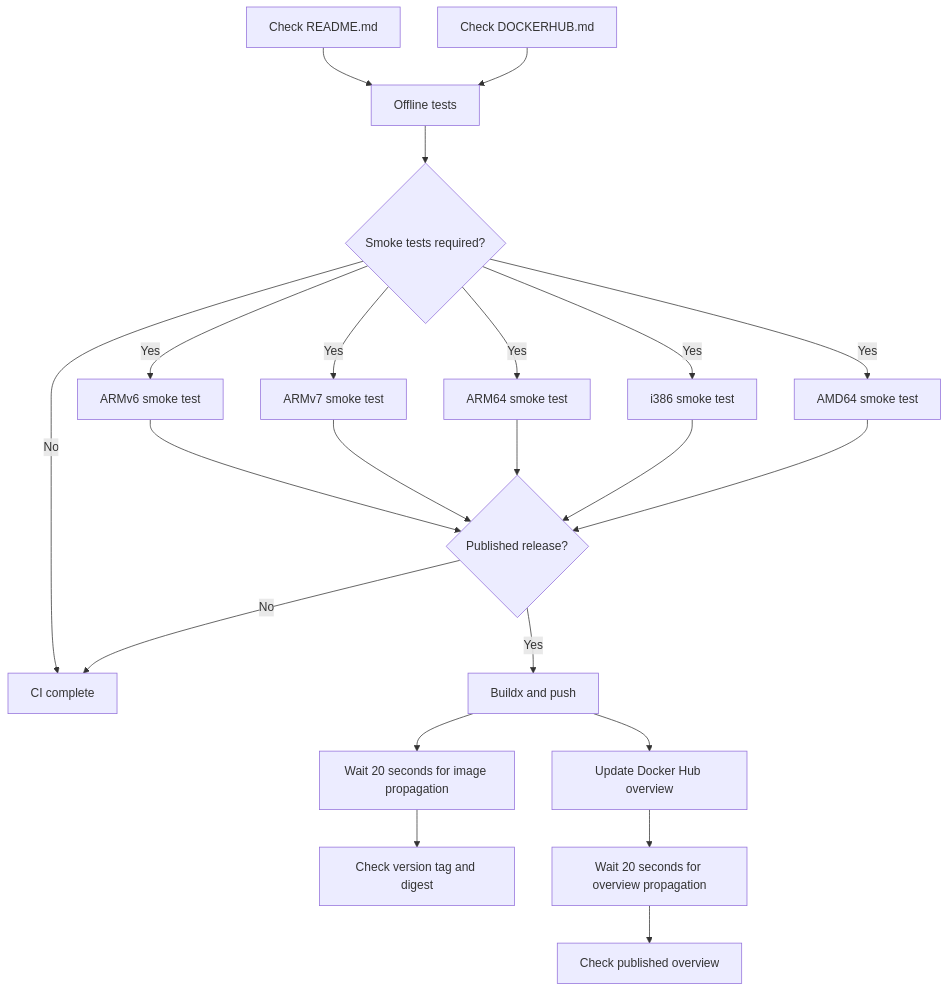
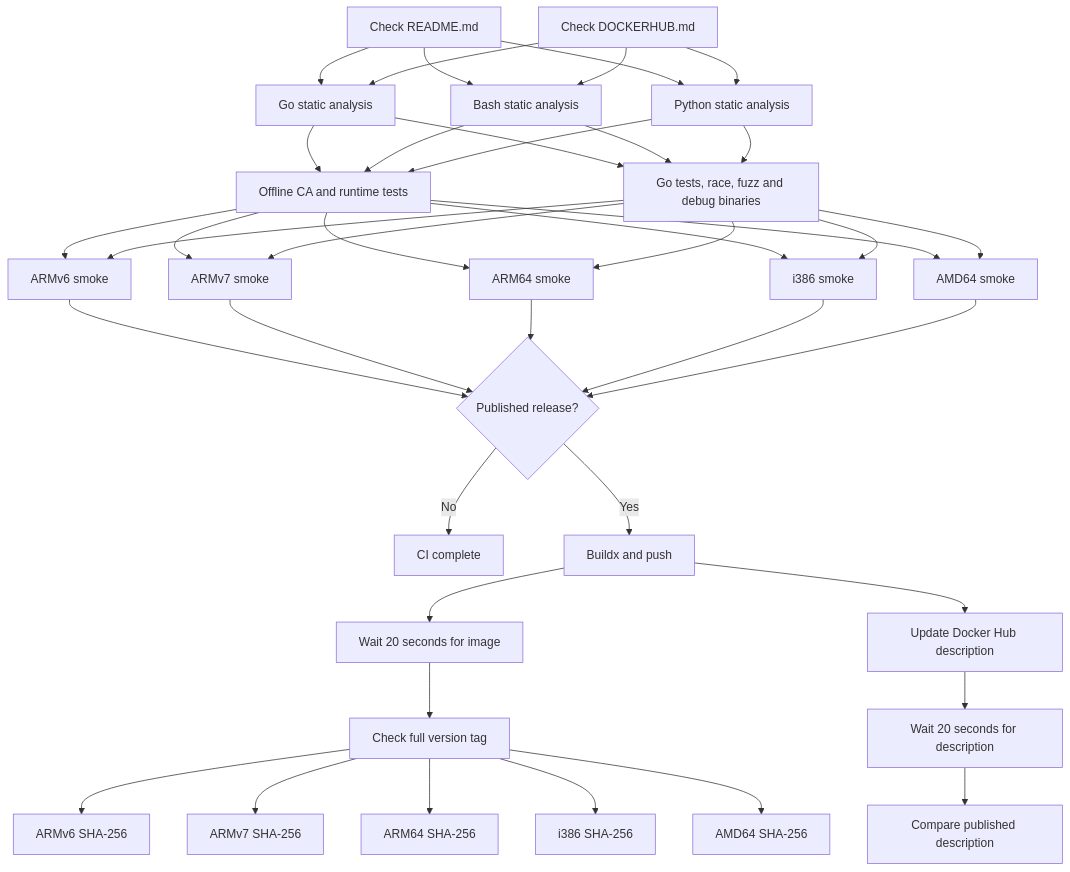
Before and after one commit to ljgonzalez1/lego-cloudflare-ssl-certgen: the diagram in ci/README.md, drawn with Mermaid. The commit also changed other lines of this file and 59 other files, not shown here.

````diff
--- a/ci/README.md
+++ b/ci/README.md
@@ -22,24 +38,18 @@
 ```mermaid
 flowchart TD
-    Readme["Check README.md"] --> Offline["Offline tests"]
-    Hub["Check DOCKERHUB.md"] --> Offline
-    Offline --> SmokeGate{"Smoke tests required?"}
-    SmokeGate -->|No| Done["CI complete"]
-    SmokeGate -->|Yes| V6["ARMv6 smoke test"]
-    SmokeGate -->|Yes| V7["ARMv7 smoke test"]
-    SmokeGate -->|Yes| ARM64["ARM64 smoke test"]
-    SmokeGate -->|Yes| I386["i386 smoke test"]
-    SmokeGate -->|Yes| AMD64["AMD64 smoke test"]
-    V6 --> Release{"Published release?"}
-    V7 --> Release
-    ARM64 --> Release
-    I386 --> Release
-    AMD64 --> Release
-    Release -->|No| Done
-    Release -->|Yes| Publish["Buildx and push"]
-    Publish --> WaitImage["Wait 20 seconds for image propagation"]
-    WaitImage --> Tag["Check version tag and digest"]
-    Publish --> Update["Update Docker Hub overview"]
-    Update --> WaitDescription["Wait 20 seconds for overview propagation"]
-    WaitDescription --> Verify["Check published overview"]
+    R["Check README.md"] & H["Check DOCKERHUB.md"] --> G["Go static analysis"]
+    R & H --> B["Bash static analysis"]
+    R & H --> P["Python static analysis"]
+    G & B & P --> O["Offline CA and runtime tests"]
+    G & B & P --> T["Go tests, race, fuzz and debug binaries"]
+    O & T --> A6["ARMv6 smoke"] & A7["ARMv7 smoke"] & A64["ARM64 smoke"] & I["i386 smoke"] & X["AMD64 smoke"]
+    A6 & A7 & A64 & I & X --> Release{"Published release?"}
+    Release -->|No| Done["CI complete"]
+    Release -->|Yes| Build["Buildx and push"]
+    Build --> WI["Wait 20 seconds for image"]
+    WI --> Tag["Check full version tag"]
+    Tag --> HV6["ARMv6 SHA-256"] & HV7["ARMv7 SHA-256"] & H64["ARM64 SHA-256"] & H386["i386 SHA-256"] & HX["AMD64 SHA-256"]
+    Build --> U["Update Docker Hub description"]
+    U --> WD["Wait 20 seconds for description"]
+    WD --> D["Compare published description"]
 ```
````
